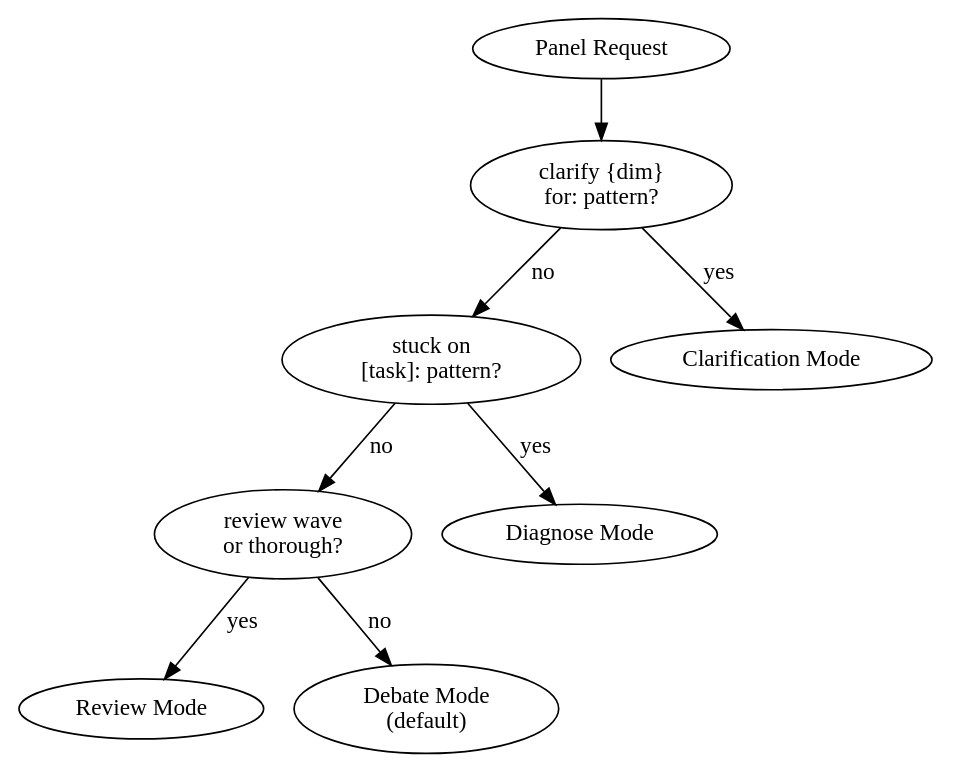
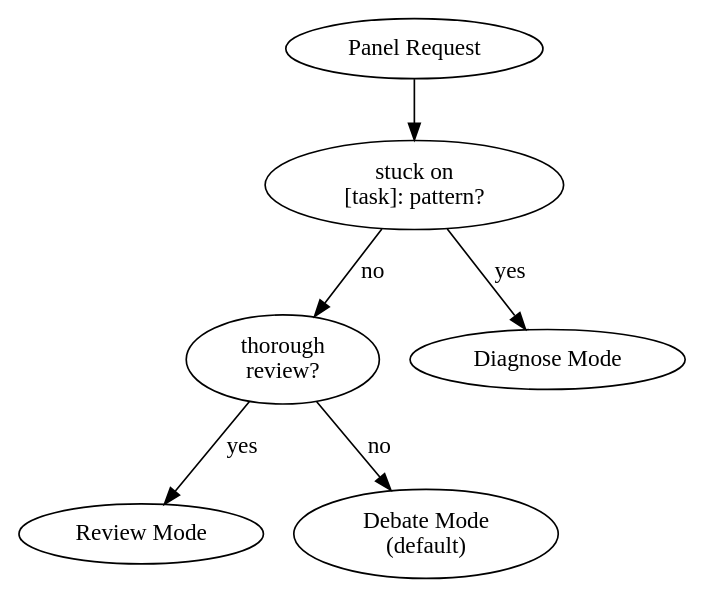
The diagram in hope/commands/panel.md (saadshahd/moo.md), drawn with Graphviz before and after one commit. The commit also changed other lines of this file and 11 other files, not shown here.

````diff
--- a/hope/commands/panel.md
+++ b/hope/commands/panel.md
@@ -26,20 +24,16 @@
 ```dot
 digraph PanelModes {
   rankdir=TB
   Input [label="Panel Request"]
-  CheckClarify [label="clarify {dim}\nfor: pattern?"]
   CheckStuck [label="stuck on\n[task]: pattern?"]
-  CheckReview [label="review wave\nor thorough?"]
-  ClarifyMode [label="Clarification Mode"]
+  CheckReview [label="thorough\nreview?"]
   DiagnoseMode [label="Diagnose Mode"]
   ReviewMode [label="Review Mode"]
   DebateMode [label="Debate Mode\n(default)"]
-  Input -> CheckClarify
-  CheckClarify -> ClarifyMode [label="yes"]
-  CheckClarify -> CheckStuck [label="no"]
+  Input -> CheckStuck
   CheckStuck -> DiagnoseMode [label="yes"]
   CheckStuck -> CheckReview [label="no"]
   CheckReview -> ReviewMode [label="yes"]
   CheckReview -> DebateMode [label="no"]
 }
 ```
````
